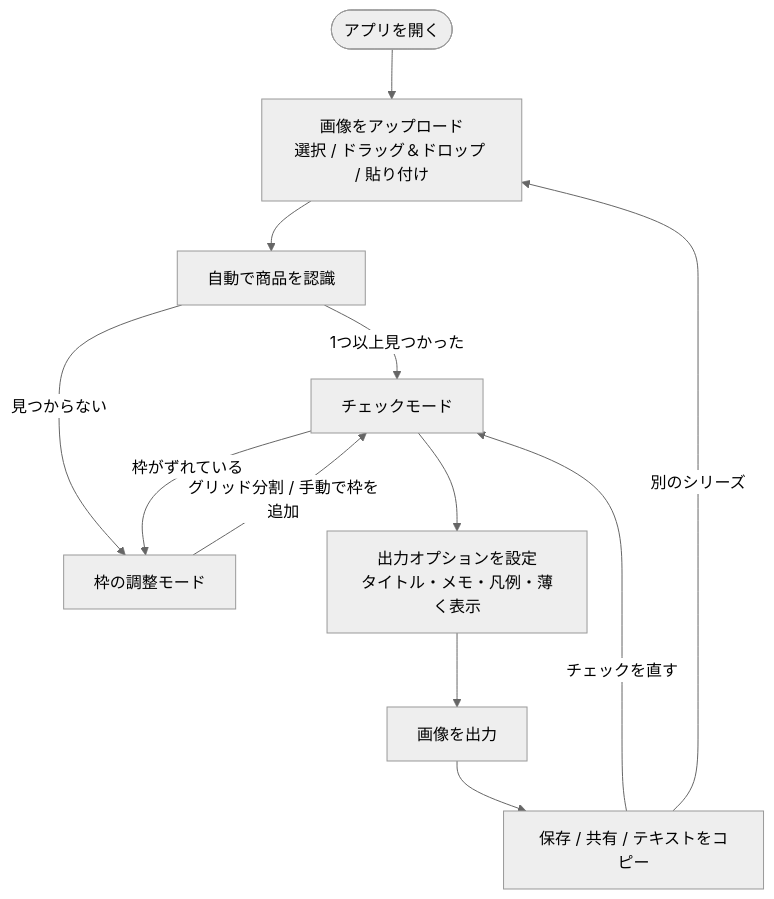
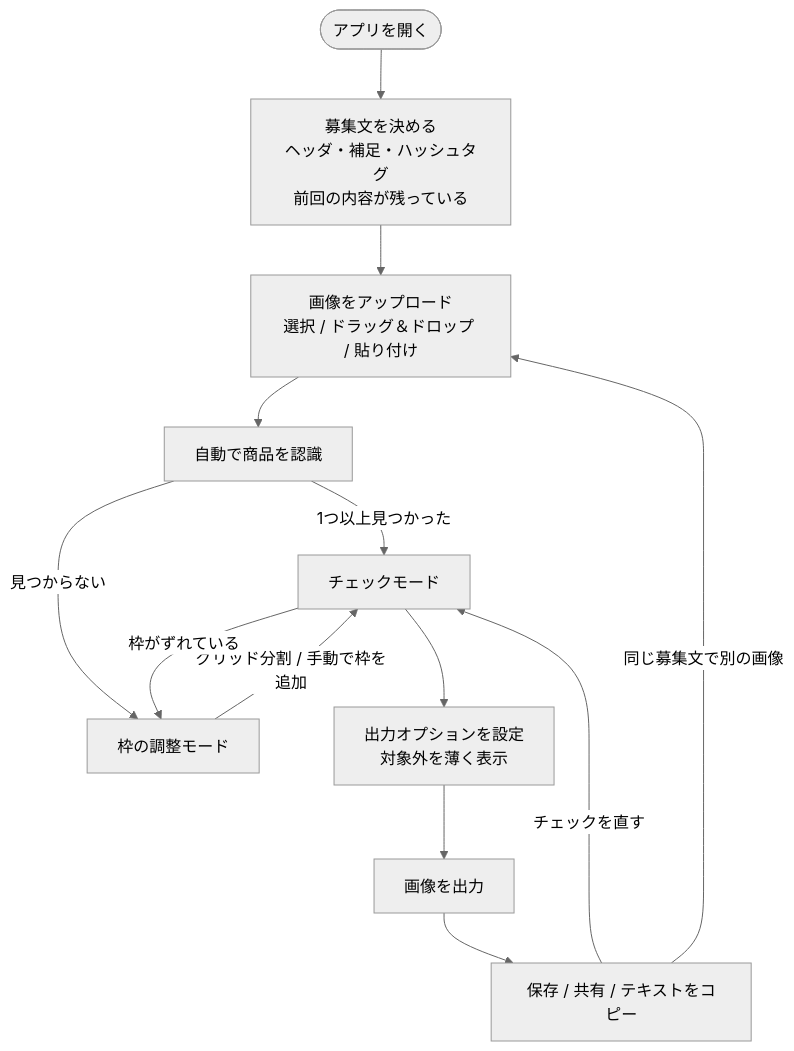
The diagram in docs/02-requirements.md (XiLyy/Random-Trade), drawn with Mermaid (neutral theme) before and after one commit. The commit also changed other lines of this file and 21 other files, not shown here.

````diff
--- a/docs/02-requirements.md
+++ b/docs/02-requirements.md
@@ -66,14 +66,15 @@
 ```mermaid
 flowchart TD
-  Start([アプリを開く]) --> Up[画像をアップロード<br>選択 / ドラッグ＆ドロップ / 貼り付け]
+  Start([アプリを開く]) --> Post[募集文を決める<br>ヘッダ・補足・ハッシュタグ<br>前回の内容が残っている]
+  Post --> Up[画像をアップロード<br>選択 / ドラッグ＆ドロップ / 貼り付け]
   Up --> Det[自動で商品を認識]
   Det -->|1つ以上見つかった| Check[チェックモード]
   Det -->|見つからない| Edit[枠の調整モード]
   Edit -->|グリッド分割 / 手動で枠を追加| Check
   Check -->|枠がずれている| Edit
-  Check --> Opt[出力オプションを設定<br>タイトル・メモ・凡例・薄く表示]
+  Check --> Opt[出力オプションを設定<br>対象外を薄く表示]
   Opt --> Out[画像を出力]
   Out --> Save[保存 / 共有 / テキストをコピー]
   Save -->|チェックを直す| Check
-  Save -->|別のシリーズ| Up
+  Save -->|同じ募集文で別の画像| Up
 ```
````
